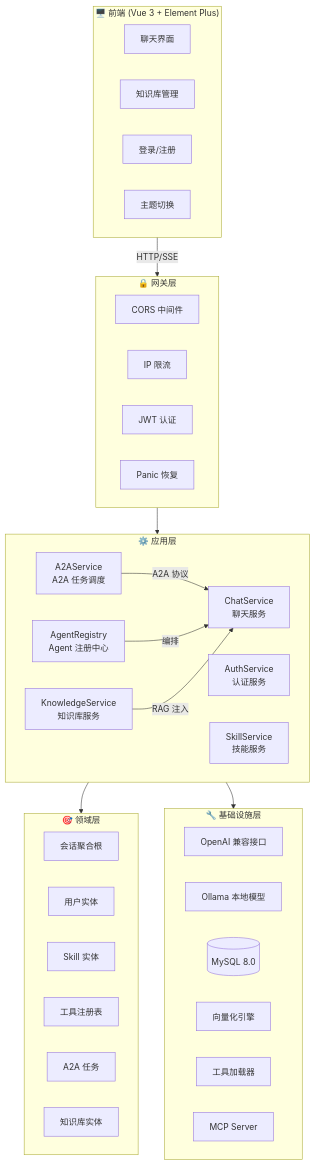
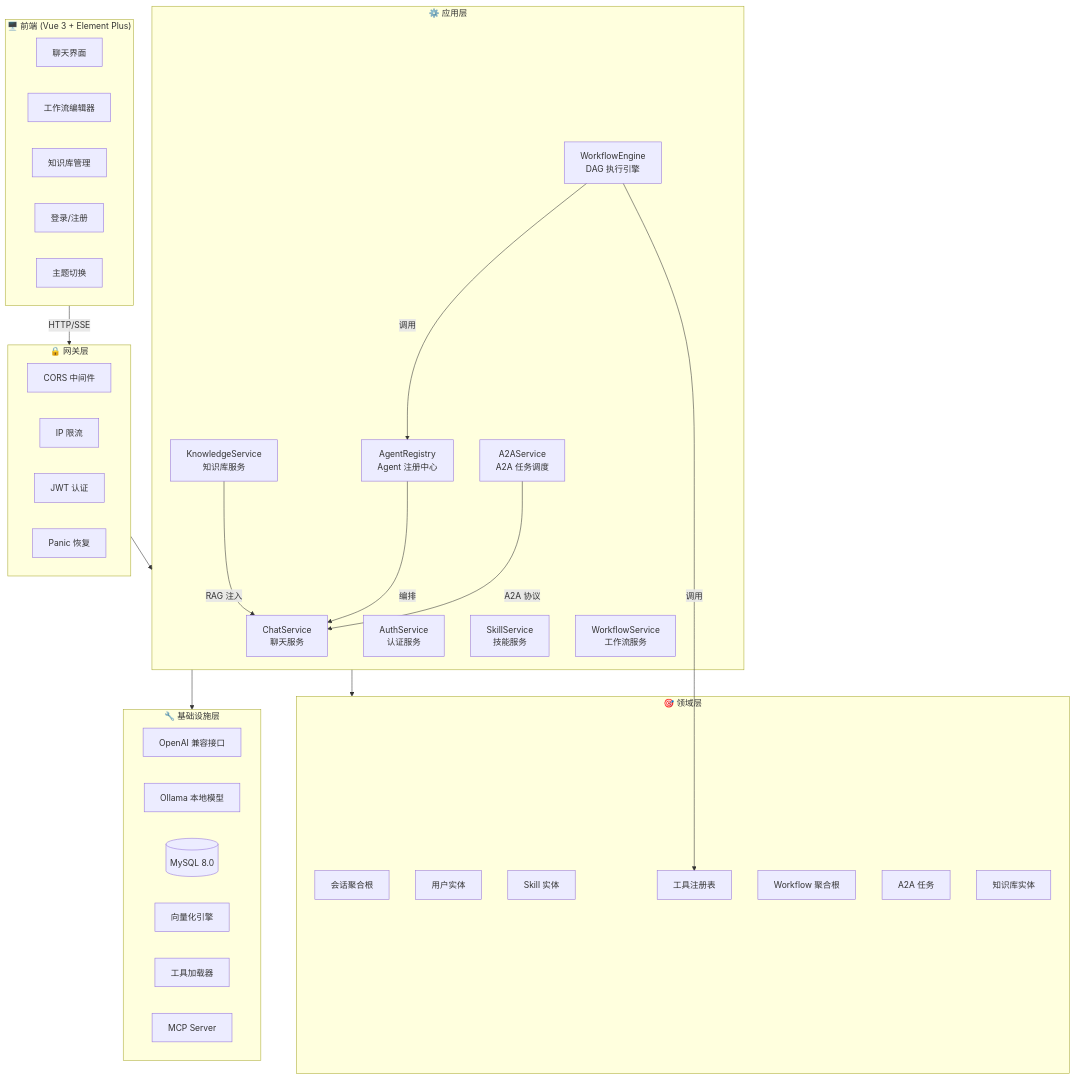
One commit to JayCoding0/ai-tool changed the diagram in README.md. Above: the diagram before and after it, drawn with Mermaid. The commit also changed other lines of this file and 4 other files, not shown here.

````diff
--- a/README.md
+++ b/README.md
@@ -106,51 +124,57 @@
 ```mermaid
 graph TB
     subgraph Frontend["🖥️ 前端 (Vue 3 + Element Plus)"]
         UI[聊天界面]
+        WF_UI[工作流编辑器]
         KB_UI[知识库管理]
         Login[登录/注册]
         Theme[主题切换]
     end
 
     subgraph Gateway["🔒 网关层"]
         CORS[CORS 中间件]
         RateLimit[IP 限流]
         Auth[JWT 认证]
         Recovery[Panic 恢复]
     end
 
     subgraph Application["⚙️ 应用层"]
         ChatSvc[ChatService<br/>聊天服务]
         AuthSvc[AuthService<br/>认证服务]
         SkillSvc[SkillService<br/>技能服务]
         KnowledgeSvc[KnowledgeService<br/>知识库服务]
+        WorkflowSvc[WorkflowService<br/>工作流服务]
+        WorkflowEngine[WorkflowEngine<br/>DAG 执行引擎]
         A2ASvc[A2AService<br/>A2A 任务调度]
         AgentRegistry[AgentRegistry<br/>Agent 注册中心]
     end
 
     subgraph Domain["🎯 领域层"]
         Session[会话聚合根]
         User[用户实体]
         Skill[Skill 实体]
         Tool[工具注册表]
+        Workflow[Workflow 聚合根]
         Task[A2A 任务]
         KnowledgeBase[知识库实体]
     end
 
     subgraph Infrastructure["🔧 基础设施层"]
         OpenAI[OpenAI 兼容接口]
         Ollama[Ollama 本地模型]
         MySQL[(MySQL 8.0)]
         Embedder[向量化引擎]
         ToolLoader[工具加载器]
         MCP_Server[MCP Server]
     end
 
     Frontend -->|HTTP/SSE| Gateway
     Gateway --> Application
     Application --> Domain
     Application --> Infrastructure
     A2ASvc -->|A2A 协议| ChatSvc
     AgentRegistry -->|编排| ChatSvc
+    WorkflowEngine -->|调用| AgentRegistry
+    WorkflowEngine -->|调用| Tool
     KnowledgeSvc -->|RAG 注入| ChatSvc
 ```
````
